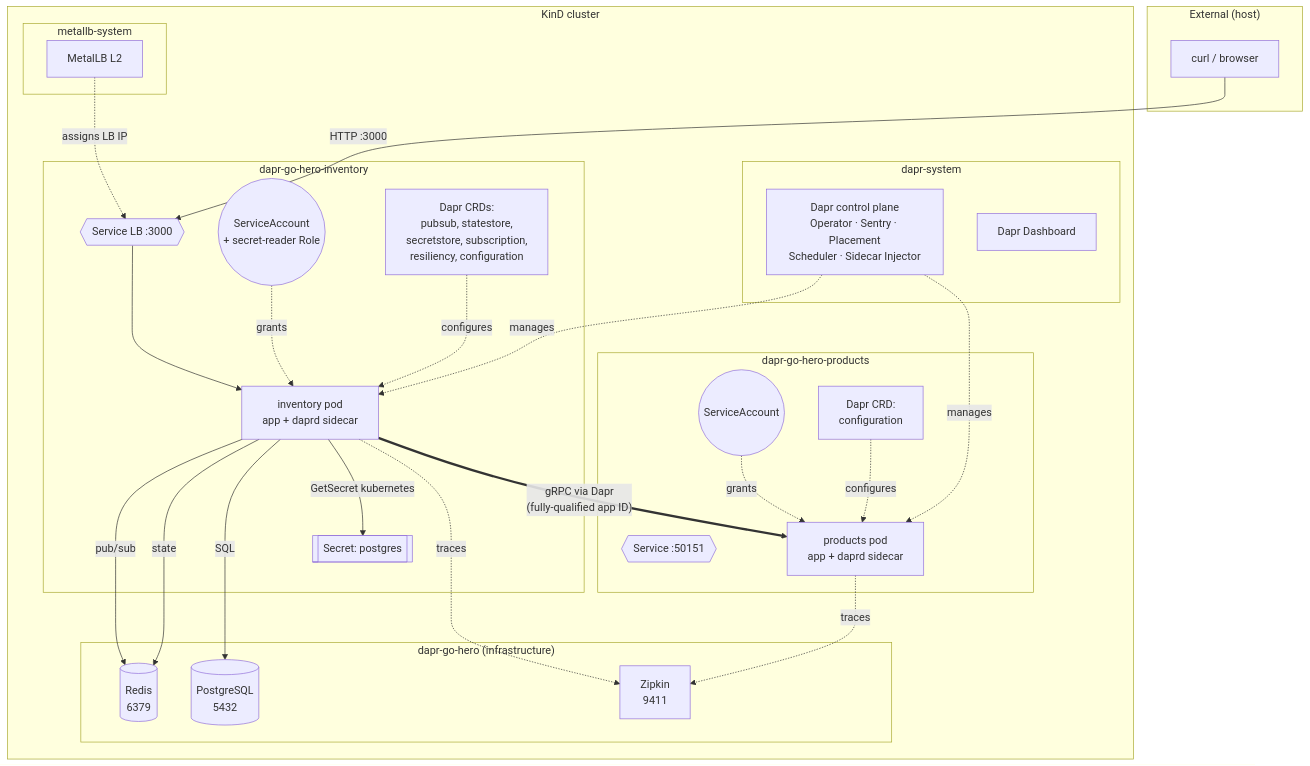
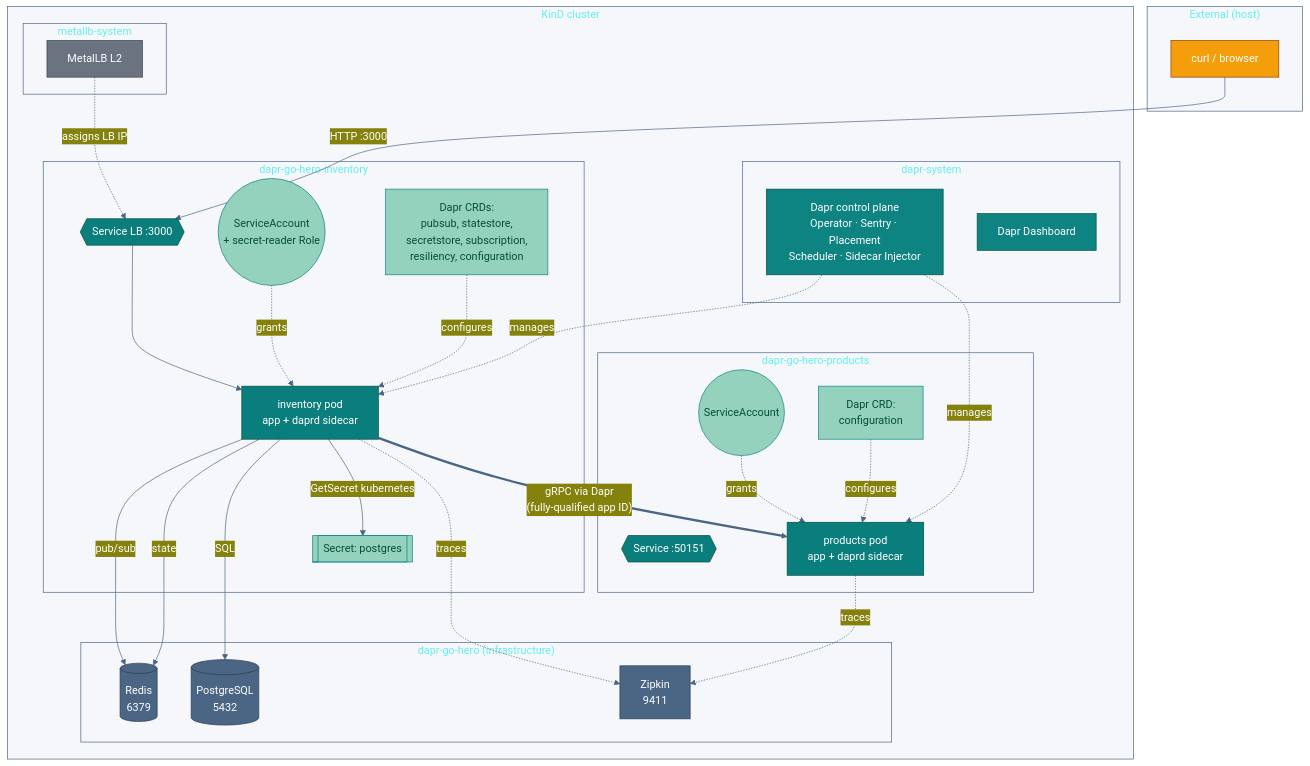
The first of 2 diagrams in README.md (AndriyKalashnykov/dapr-go-hero), drawn with Mermaid before and after one commit. The commit also changed other lines of this file, not shown here.

Commit message:
docs: apply Dapr-aligned color scheme to Mermaid diagrams
Both cluster topology (flowchart) and event flow (sequence) diagrams
now use a consistent palette that mirrors Dapr's documentation:

- Dapr control plane: teal #0D8482 (Dapr brand)
- App pods with Dapr sidecar: darker teal #0A7E7C
- K8s resources (Services, Secrets, SAs, CRDs): muted teal #94D2BD
- Stateful infrastructure (Redis, Postgres, Zipkin): slate #4B6584
- MetalLB: neutral gray #6B7280
- External client / notes: warm amber #F59E0B (high-contrast accent)
- Signals/edges: slate #4B6584

classDef directives on the flowchart; themeVariables %%{init}%% on the
sequence diagram (Mermaid sequence diagrams don't support classDef).
Font set to ui-sans-serif for consistent rendering across GitHub and
local mermaid-cli renders.

mermaid-lint passes on both blocks.

````diff
--- a/README.md
+++ b/README.md
@@ -255,57 +255,72 @@
 ```mermaid
+%%{init: {'theme':'base','themeVariables':{'fontFamily':'ui-sans-serif, system-ui, sans-serif','primaryColor':'#0D8482','primaryTextColor':'#fff','primaryBorderColor':'#064E3B','lineColor':'#4B6584','clusterBkg':'#F5F7FA','clusterBorder':'#4B6584'}}}%%
 graph TB
   subgraph Client["External (host)"]
     C[curl / browser]
   end
 
   subgraph Cluster["KinD cluster"]
     subgraph MetalLB["metallb-system"]
       ML[MetalLB L2]
     end
 
     subgraph DaprSystem["dapr-system"]
       DS[Dapr control plane<br/>Operator · Sentry · Placement<br/>Scheduler · Sidecar Injector]
       DD[Dapr Dashboard]
     end
 
     subgraph Infra["dapr-go-hero (infrastructure)"]
       R[(Redis<br/>6379)]
       P[(PostgreSQL<br/>5432)]
       Z[Zipkin<br/>9411]
     end
 
     subgraph InvNS["dapr-go-hero-inventory"]
       ISVC{{Service LB :3000}}
       IPOD[inventory pod<br/>app + daprd sidecar]
       ISEC[[Secret: postgres]]
       ISA((ServiceAccount<br/>+ secret-reader Role))
       ICRD[Dapr CRDs:<br/>pubsub, statestore,<br/>secretstore, subscription,<br/>resiliency, configuration]
     end
 
     subgraph ProdNS["dapr-go-hero-products"]
       PSVC{{Service :50151}}
       PPOD[products pod<br/>app + daprd sidecar]
       PSA((ServiceAccount))
       PCRD[Dapr CRD:<br/>configuration]
     end
 
     ML -.assigns LB IP.-> ISVC
     C -->|HTTP :3000| ISVC --> IPOD
 
     IPOD -->|pub/sub| R
     IPOD -->|state| R
     IPOD -->|SQL| P
     IPOD -->|GetSecret kubernetes| ISEC
     IPOD -.->|traces| Z
     PPOD -.->|traces| Z
 
     IPOD ==>|"gRPC via Dapr<br/>(fully-qualified app ID)"| PPOD
 
     DS -.manages.-> IPOD
     DS -.manages.-> PPOD
     ISA -.grants.-> IPOD
     PSA -.grants.-> PPOD
     ICRD -.configures.-> IPOD
     PCRD -.configures.-> PPOD
   end
+
+  classDef external fill:#F59E0B,stroke:#92400E,color:#fff,stroke-width:1px
+  classDef metallb fill:#6B7280,stroke:#374151,color:#fff,stroke-width:1px
+  classDef daprControl fill:#0D8482,stroke:#064E3B,color:#fff,stroke-width:1px
+  classDef infra fill:#4B6584,stroke:#2C3E50,color:#fff,stroke-width:1px
+  classDef appPod fill:#0A7E7C,stroke:#064E3B,color:#fff,stroke-width:1px
+  classDef k8sResource fill:#94D2BD,stroke:#0D8482,color:#064E3B,stroke-width:1px
+
+  class C external
+  class ML metallb
+  class DS,DD daprControl
+  class R,P,Z infra
+  class ISVC,IPOD,PSVC,PPOD appPod
+  class ISEC,ISA,ICRD,PSA,PCRD k8sResource
 ```
````
